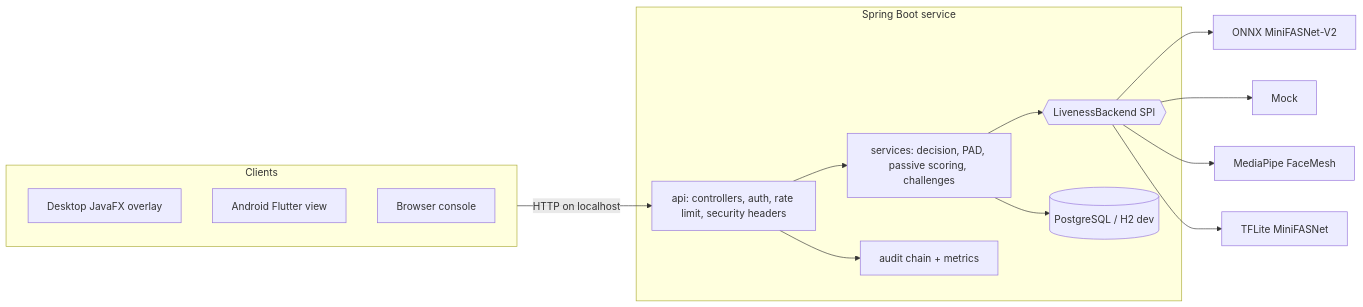
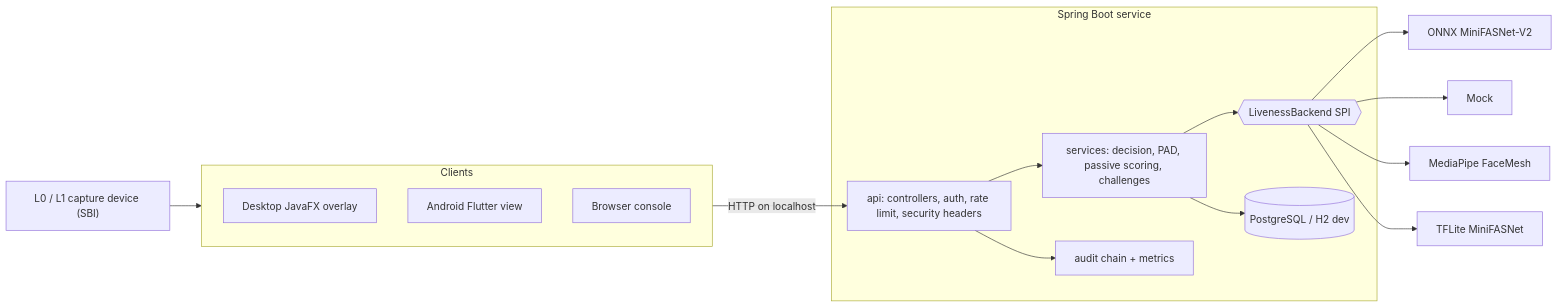
One commit to hrishi25-spec/Face-Liveliness-Console changed the first of 2 diagrams in README.md. Above: the diagram before and after it, drawn with Mermaid. The commit also changed other lines of this file, not shown here.

````diff
--- a/README.md
+++ b/README.md
@@ -72,20 +73,21 @@
 ```mermaid
 flowchart LR
     subgraph Clients
-        D[Desktop JavaFX overlay]
-        A[Android Flutter view]
-        W[Browser console]
+        D["Desktop JavaFX overlay"]
+        A["Android Flutter view"]
+        W["Browser console"]
     end
-    Clients -- HTTP on localhost --> API
+    Clients -- "HTTP on localhost" --> API
     subgraph Service["Spring Boot service"]
-        API[api: controllers, auth, rate limit, security headers]
-        API --> SV[services: decision, PAD, passive scoring, challenges]
-        SV --> SPI{{LivenessBackend SPI}}
-        SV --> DB[(PostgreSQL / H2 dev)]
-        API --> AU[audit chain + metrics]
+        API["api: controllers, auth, rate limit, security headers"]
+        API --> SV["services: decision, PAD, passive scoring, challenges"]
+        SV --> SPI{{"LivenessBackend SPI"}}
+        SV --> DB[("PostgreSQL / H2 dev")]
+        API --> AU["audit chain + metrics"]
     end
-    SPI --> ON[ONNX MiniFASNet-V2]
-    SPI --> MK[Mock]
-    SPI --> MP[MediaPipe FaceMesh]
-    SPI --> TF[TFLite MiniFASNet]
+    SPI --> ON["ONNX MiniFASNet-V2"]
+    SPI --> MK["Mock"]
+    SPI --> MP["MediaPipe FaceMesh"]
+    SPI --> TF["TFLite MiniFASNet"]
+    DEV["L0 / L1 capture device (SBI)"] --> Clients
 ```
````
